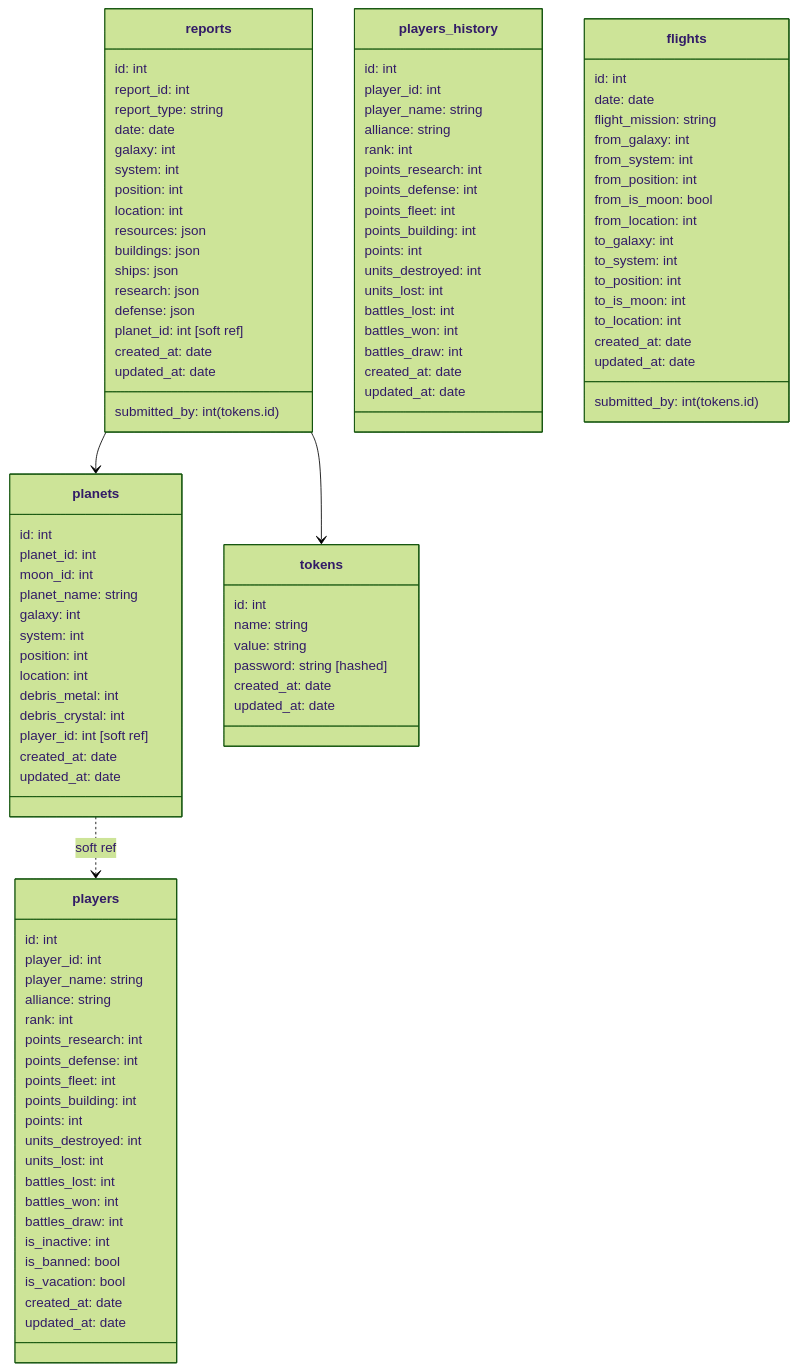
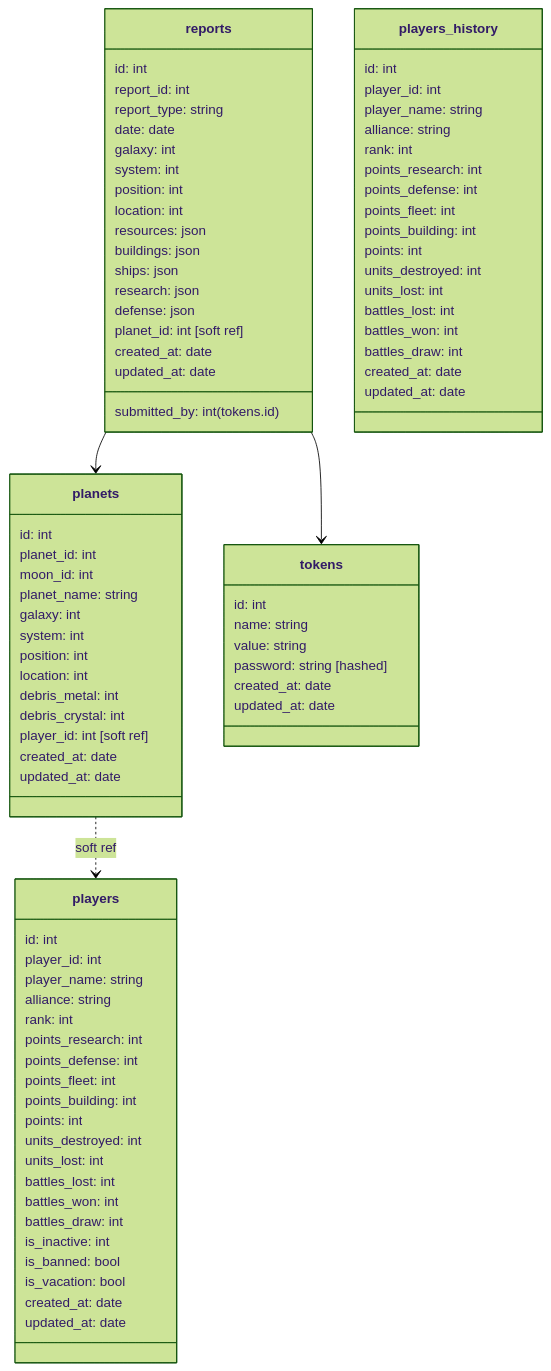
Before and after one commit to anoff/teamview: the diagram in readme.md, drawn with Mermaid (forest theme). The commit also changed 8 other files, not shown here.

````diff
--- a/readme.md
+++ b/readme.md
@@ -143,22 +143,4 @@
     created_at: date
     updated_at: date
   }
-  class flights {
-    id: int
-    submitted_by: int (tokens.id)
-    date: date
-    flight_mission: string
-    from_galaxy: int
-    from_system: int
-    from_position: int
-    from_is_moon: bool
-    from_location: int
-    to_galaxy: int
-    to_system: int
-    to_position: int
-    to_is_moon: int
-    to_location: int
-    created_at: date
-    updated_at: date
-  }
 ```
````
